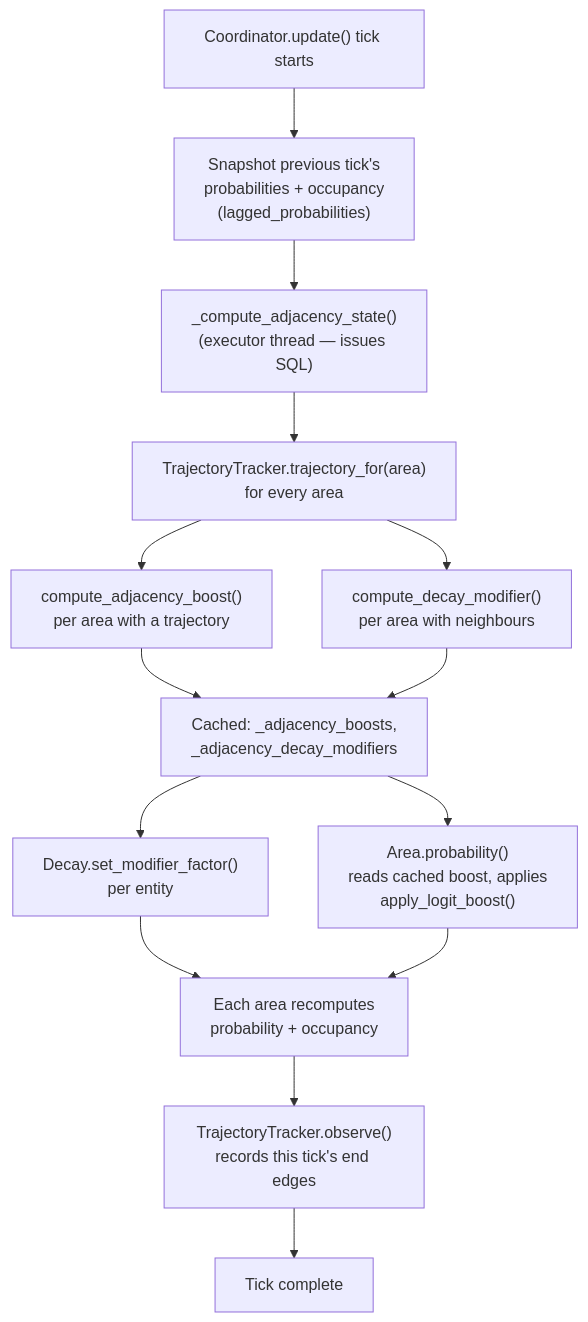
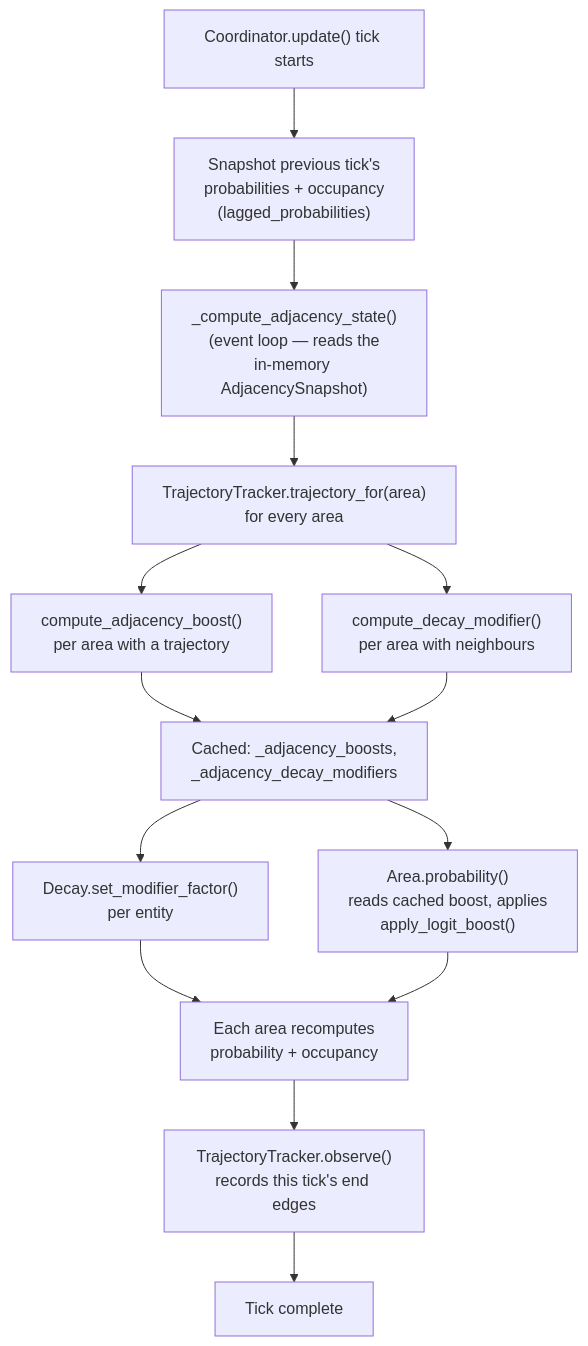
Before and after one commit to Hankanman/Area-Occupancy-Detection: the diagram in docs/docs/technical/transition-learning.md, drawn with Mermaid. The commit also changed other lines of this file and 132 other files, not shown here.

````diff
--- a/docs/docs/technical/transition-learning.md
+++ b/docs/docs/technical/transition-learning.md
@@ -95,16 +97,16 @@
 ```mermaid
 flowchart TD
     Tick["Coordinator.update() tick starts"] --> Snapshot["Snapshot previous tick's\nprobabilities + occupancy\n(lagged_probabilities)"]
-    Snapshot --> Executor["_compute_adjacency_state()\n(executor thread — issues SQL)"]
-    Executor --> Trajectory["TrajectoryTracker.trajectory_for(area)\nfor every area"]
+    Snapshot --> Compute["_compute_adjacency_state()\n(event loop — reads the\nin-memory AdjacencySnapshot)"]
+    Compute --> Trajectory["TrajectoryTracker.trajectory_for(area)\nfor every area"]
     Trajectory --> Boost["compute_adjacency_boost()\nper area with a trajectory"]
     Trajectory --> Modifier["compute_decay_modifier()\nper area with neighbours"]
     Boost --> Cache["Cached: _adjacency_boosts,\n_adjacency_decay_modifiers"]
     Modifier --> Cache
     Cache --> SetModifier["Decay.set_modifier_factor()\nper entity"]
     Cache --> AreaProb["Area.probability()\nreads cached boost, applies\napply_logit_boost()"]
     SetModifier --> Recompute["Each area recomputes\nprobability + occupancy"]
     AreaProb --> Recompute
     Recompute --> Observe["TrajectoryTracker.observe()\nrecords this tick's end edges"]
     Observe --> Done["Tick complete"]
 ```
````
